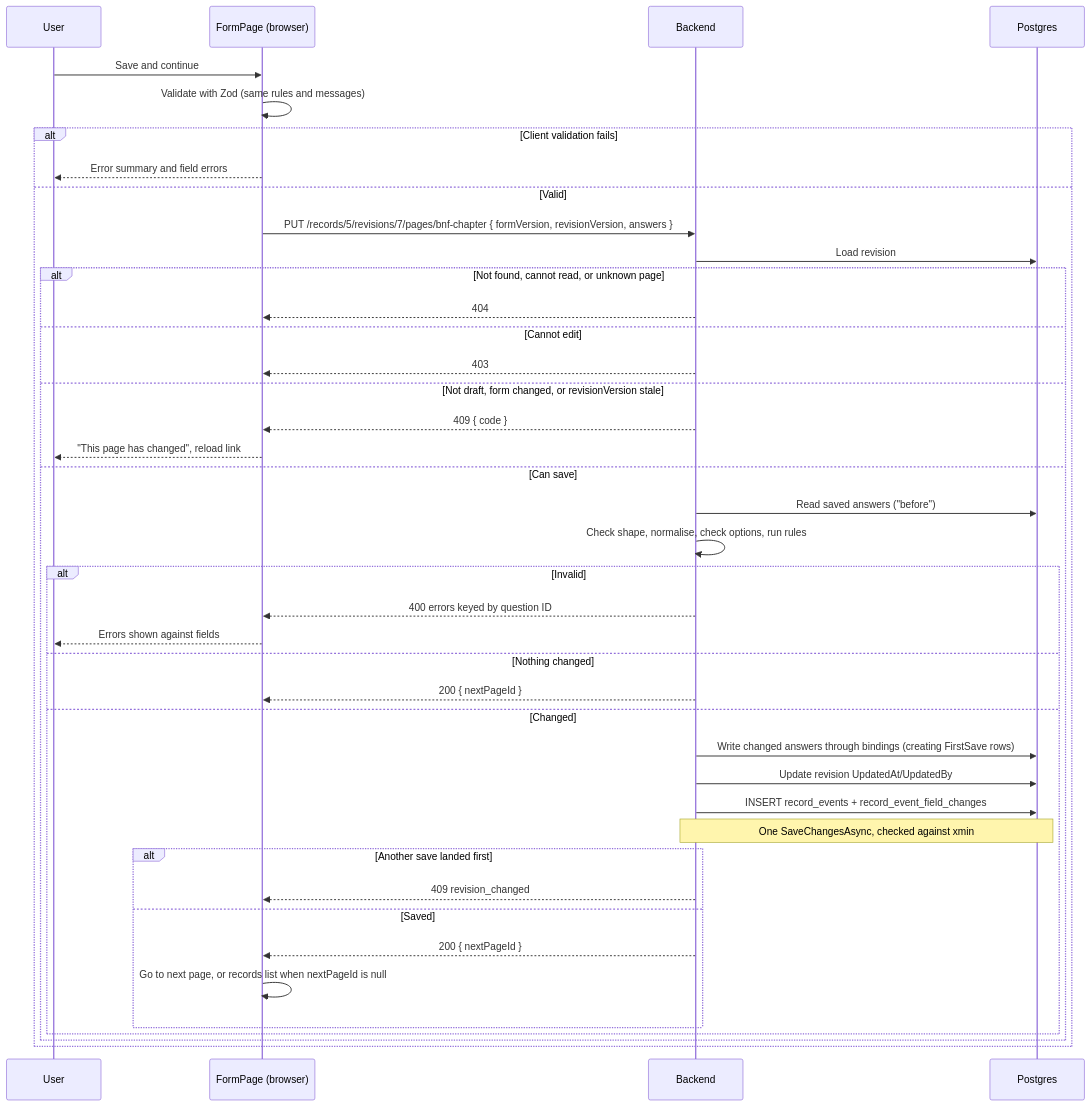
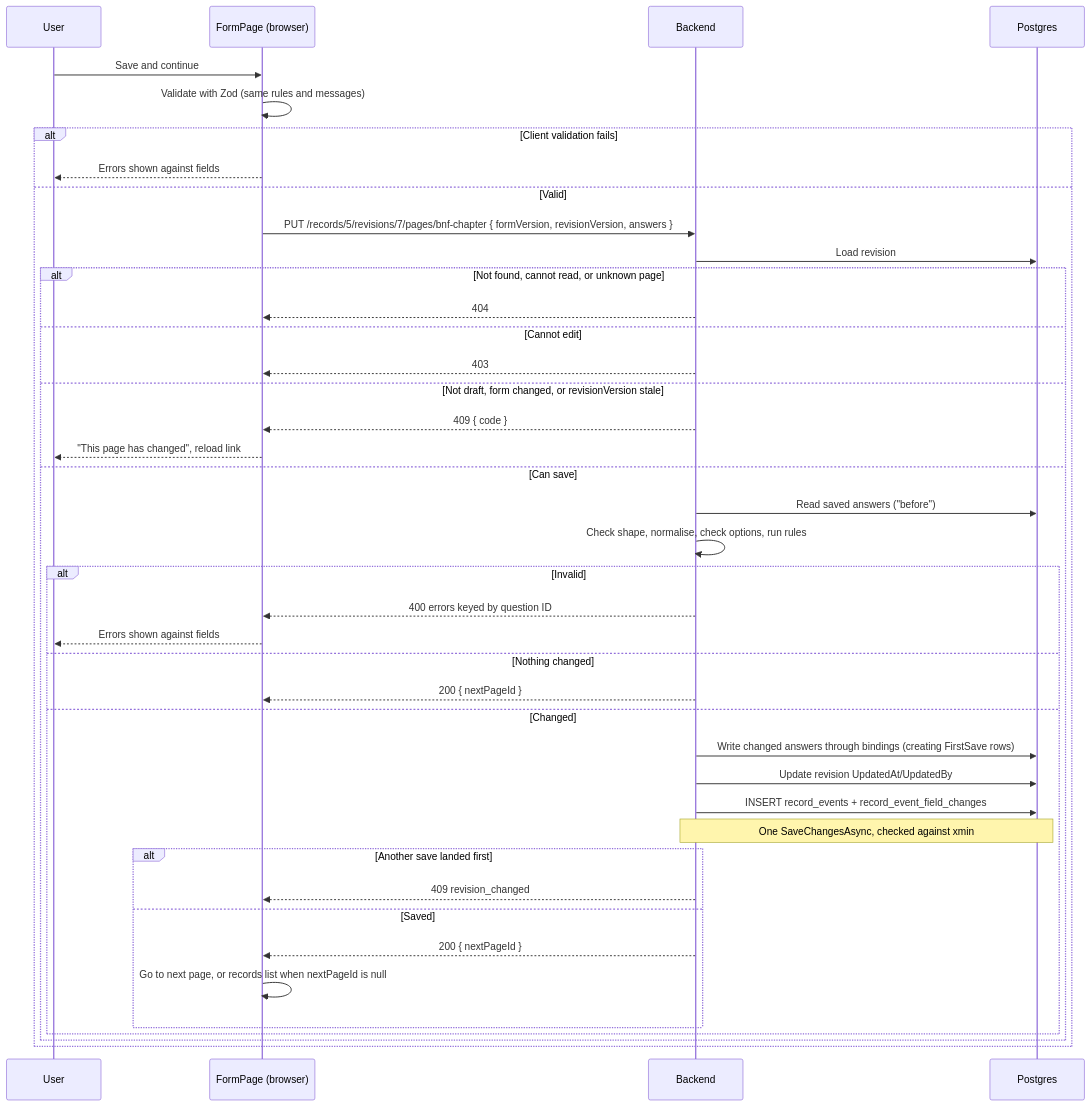
Before and after one commit to ditnice/aws-UKPS: the sixth of 6 diagrams in documentation/form-generation/high-level-design.md, drawn with Mermaid. The commit also changed other lines of this file and 131 other files, not shown here.

````diff
--- a/documentation/form-generation/high-level-design.md
+++ b/documentation/form-generation/high-level-design.md
@@ -428,43 +462,43 @@
 ```mermaid
 sequenceDiagram
     participant U as User
     participant F as FormPage (browser)
     participant B as Backend
     participant P as Postgres
     U->>F: Save and continue
     F->>F: Validate with Zod (same rules and messages)
     alt Client validation fails
-        F-->>U: Error summary and field errors
+        F-->>U: Errors shown against fields
     else Valid
         F->>B: PUT /records/5/revisions/7/pages/bnf-chapter { formVersion, revisionVersion, answers }
         B->>P: Load revision
         alt Not found, cannot read, or unknown page
             B-->>F: 404
         else Cannot edit
             B-->>F: 403
         else Not draft, form changed, or revisionVersion stale
             B-->>F: 409 { code }
             F-->>U: "This page has changed", reload link
         else Can save
             B->>P: Read saved answers ("before")
             B->>B: Check shape, normalise, check options, run rules
             alt Invalid
                 B-->>F: 400 errors keyed by question ID
                 F-->>U: Errors shown against fields
             else Nothing changed
                 B-->>F: 200 { nextPageId }
             else Changed
                 B->>P: Write changed answers through bindings (creating FirstSave rows)
                 B->>P: Update revision UpdatedAt/UpdatedBy
                 B->>P: INSERT record_events + record_event_field_changes
                 Note over B,P: One SaveChangesAsync, checked against xmin
                 alt Another save landed first
                     B-->>F: 409 revision_changed
                 else Saved
                     B-->>F: 200 { nextPageId }
                     F->>F: Go to next page, or records list when nextPageId is null
                 end
             end
         end
     end
 ```
````
